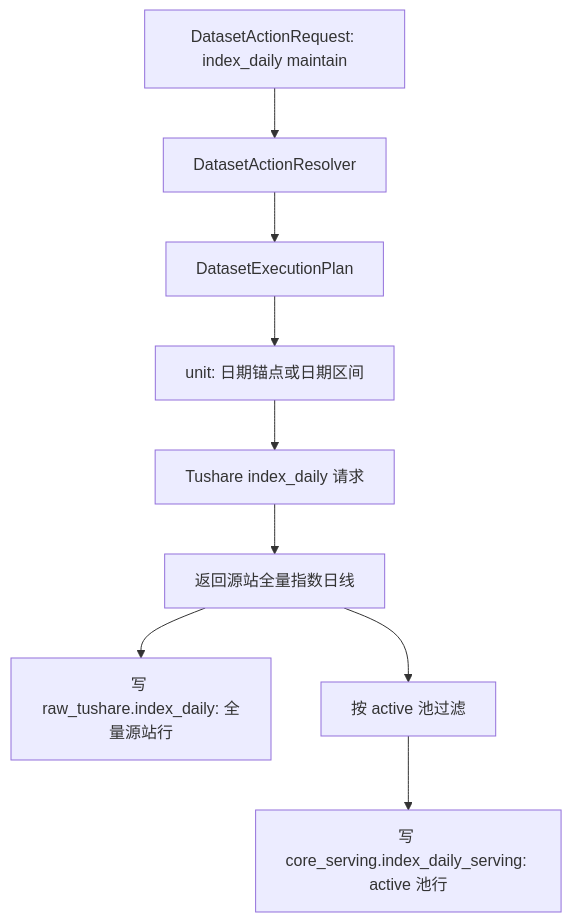
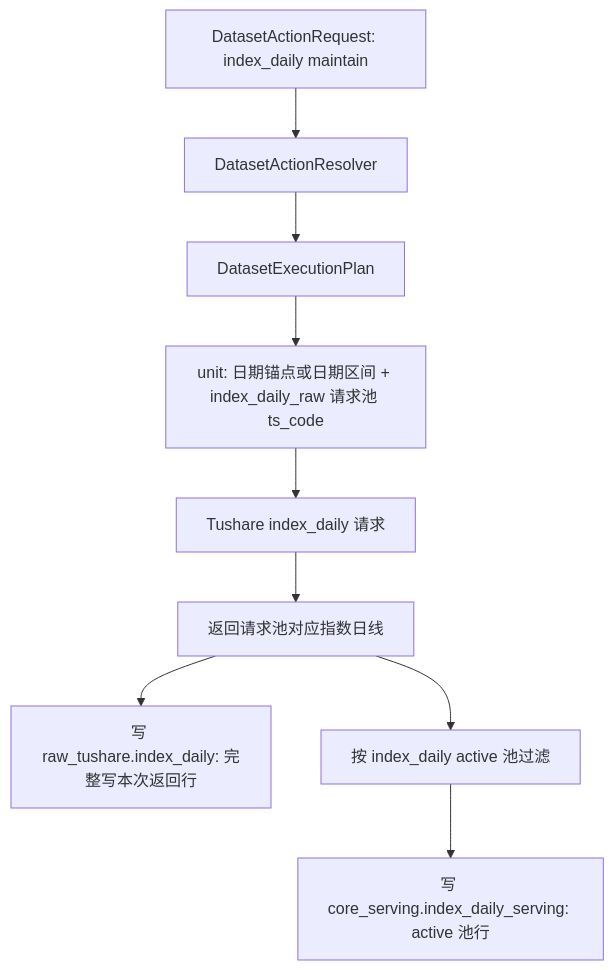
Before and after one commit to chiuser/goldenshare: the first of 2 diagrams in docs/datasets/index-raw-serving-layer-alignment-plan-v1.md, drawn with Mermaid. The commit also changed other lines of this file and 6 other files, not shown here.

Commit message:
docs: clarify index daily raw serving policy

````diff
--- a/docs/datasets/index-raw-serving-layer-alignment-plan-v1.md
+++ b/docs/datasets/index-raw-serving-layer-alignment-plan-v1.md
@@ -121,11 +135,11 @@
 ```mermaid
 flowchart TD
   A["DatasetActionRequest: index_daily maintain"] --> B["DatasetActionResolver"]
   B --> C["DatasetExecutionPlan"]
-  C --> D["unit: 日期锚点或日期区间"]
+  C --> D["unit: 日期锚点或日期区间 + index_daily_raw 请求池 ts_code"]
   D --> E["Tushare index_daily 请求"]
-  E --> F["返回源站全量指数日线"]
-  F --> G["写 raw_tushare.index_daily: 全量源站行"]
-  F --> H["按 active 池过滤"]
+  E --> F["返回请求池对应指数日线"]
+  F --> G["写 raw_tushare.index_daily: 完整写本次返回行"]
+  F --> H["按 index_daily active 池过滤"]
   H --> I["写 core_serving.index_daily_serving: active 池行"]
 ```
````
